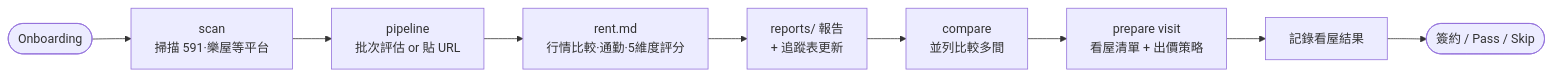
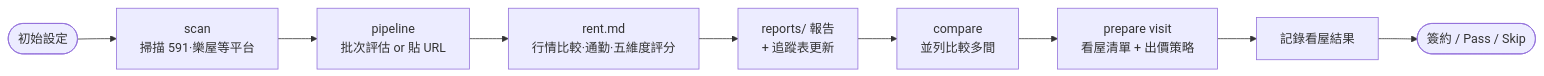
The fourth of 7 diagrams in TUTORIAL.md (kylinfish/tw-house-ops), drawn with Mermaid before and after one commit. The commit also changed other lines of this file and 1 other file, not shown here.

````diff
--- a/TUTORIAL.md
+++ b/TUTORIAL.md
@@ -110,11 +110,11 @@
 ```mermaid
 flowchart LR
-    OB([Onboarding]) --> Scan["scan\n掃描 591·樂屋等平台"]
+    OB([初始設定]) --> Scan["scan\n掃描 591·樂屋等平台"]
     Scan --> Pipeline["pipeline\n批次評估 or 貼 URL"]
-    Pipeline --> Eval["rent.md\n行情比較·通勤·5維度評分"]
+    Pipeline --> Eval["rent.md\n行情比較·通勤·五維度評分"]
     Eval --> Report["reports/ 報告\n+ 追蹤表更新"]
     Report --> Compare["compare\n並列比較多間"]
     Compare --> Visit["prepare visit\n看屋清單 + 出價策略"]
     Visit --> Post["記錄看屋結果"]
     Post --> Done(["簽約 / Pass / Skip"])
 ```
````
